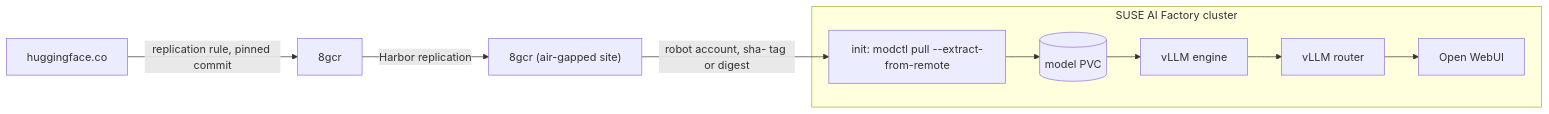
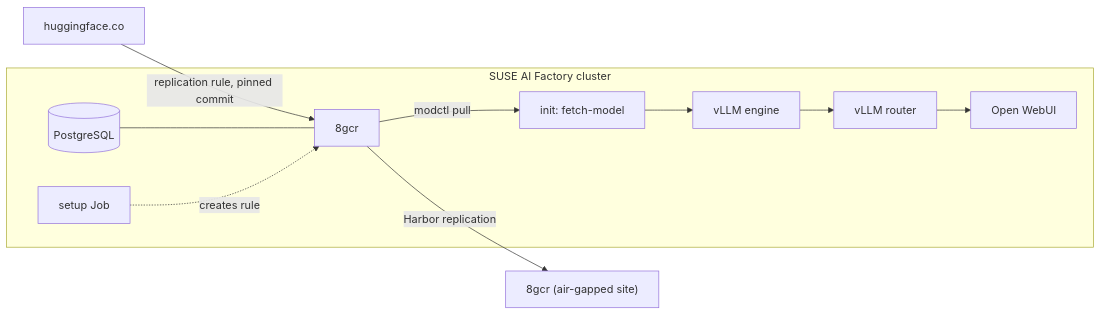
The diagram in partners/8gears/README.md (SUSE/partner-blueprints), drawn with Mermaid before and after one commit. The commit also changed other lines of this file and 5 other files, not shown here.

First line of the commit message:
Install 8gcr on AI Factory, with model chat as the example

````diff
--- a/partners/8gears/README.md
+++ b/partners/8gears/README.md
@@ -15,10 +15,10 @@
 ```mermaid
 flowchart LR
-  HF[huggingface.co] -- "replication rule, pinned commit" --> G1[8gcr]
-  G1 -- "Harbor replication" --> G2["8gcr (air-gapped site)"]
+  HF[huggingface.co] -- "replication rule, pinned commit" --> G
   subgraph AIF["SUSE AI Factory cluster"]
-    I["init: modctl pull --extract-from-remote"] --> P[(model PVC)]
-    P --> V[vLLM engine] --> R[vLLM router] --> W[Open WebUI]
+    PG[(PostgreSQL)] --- G[8gcr]
+    S[setup Job] -. "creates rule" .-> G
+    G -- "modctl pull" --> I[init: fetch-model] --> V[vLLM engine] --> R[vLLM router] --> W[Open WebUI]
   end
-  G2 -- "robot account, sha- tag or digest" --> I
+  G -- "Harbor replication" --> G2["8gcr (air-gapped site)"]
 ```
````
